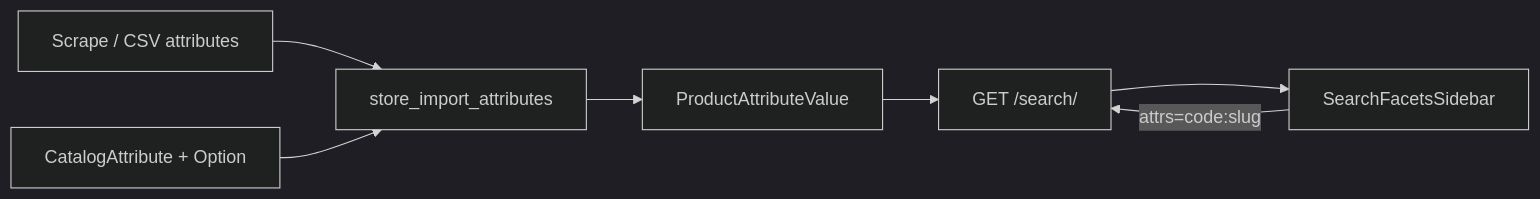
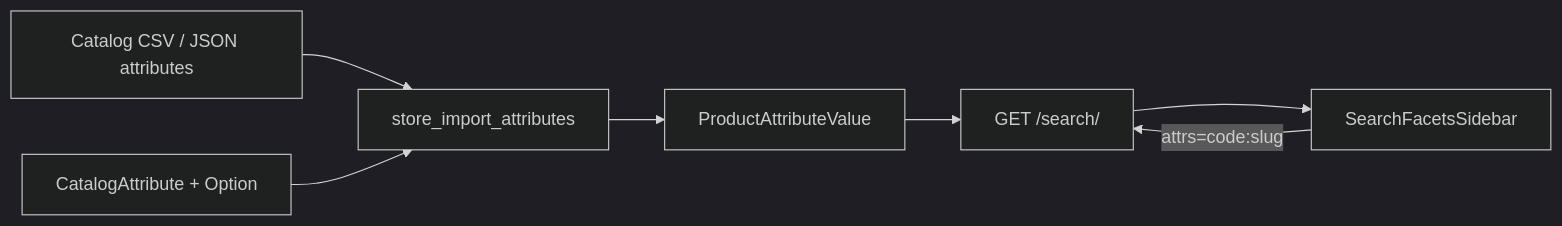
One commit to VoMinhHung-SR/Clinic-Oupharmacy-BE changed the diagram in storeApp/guidelines/catalog-attributes.md. Above: the diagram before and after it, drawn with Mermaid (dark theme). The commit also changed other lines of this file and 11 other files, not shown here.

````diff
--- a/storeApp/guidelines/catalog-attributes.md
+++ b/storeApp/guidelines/catalog-attributes.md
@@ -50,15 +50,15 @@
 ```mermaid
 flowchart LR
-  Scrape[Scrape / CSV attributes]
+  CSV[Catalog CSV / JSON attributes]
   Import[store_import_attributes]
   Dict[CatalogAttribute + Option]
   PAV[ProductAttributeValue]
   Search["GET /search/"]
   FE[SearchFacetsSidebar]
-  Scrape --> Import
+  CSV --> Import
   Dict --> Import
   Import --> PAV
   PAV --> Search
   Search --> FE
   FE -->|"attrs=code:slug"| Search
 ```
````
